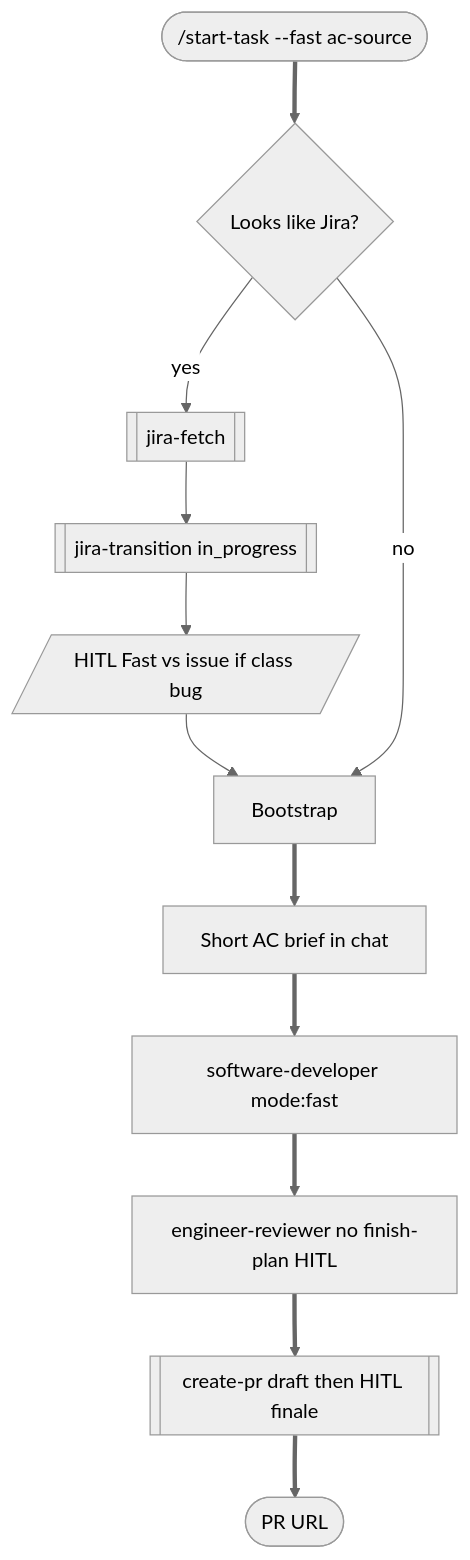
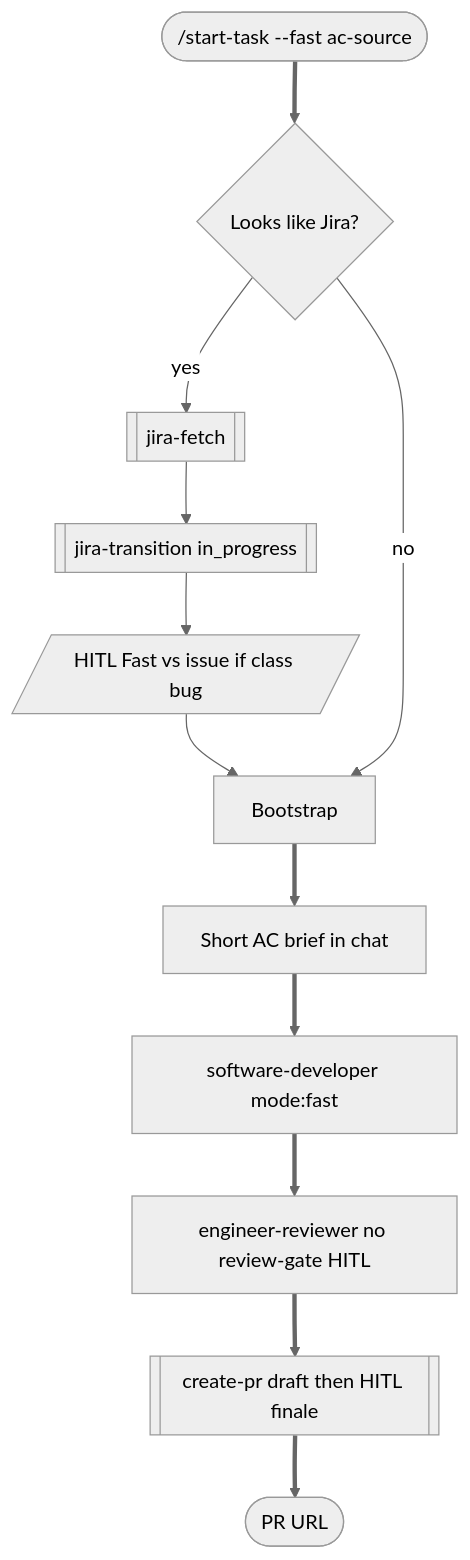
One commit to a-trembak/cursor-spells changed diagram 11 of 13 in docs/superpowers/pipeline-flow.md. Above: the diagram before and after it, drawn with Mermaid (neutral theme). The commit also changed other lines of this file and 5 other files, not shown here.

First line of the commit message:
docs(pipeline): name post-build HITL review-gate and show cycles

````diff
--- a/docs/superpowers/pipeline-flow.md
+++ b/docs/superpowers/pipeline-flow.md
@@ -396,19 +468,19 @@
 ```mermaid
 flowchart TD
   startFast(["/start-task --fast ac-source"])
   looksJira{Looks like Jira?}
   fetch[["jira-fetch"]]
   inProgress[["jira-transition in_progress"]]
   fastVsIssue[/"HITL Fast vs issue if class bug"/]
   boot["Bootstrap"]
   brief["Short AC brief in chat"]
   exec["software-developer mode:fast"]
-  review["engineer-reviewer no finish-plan HITL"]
+  review["engineer-reviewer no review-gate HITL"]
   prNode[["create-pr draft then HITL finale"]]
   doneFast(["PR URL"])
 
   startFast ==> looksJira
   looksJira -->|"yes"| fetch --> inProgress --> fastVsIssue --> boot
   looksJira -->|"no"| boot
   boot ==> brief ==> exec ==> review ==> prNode ==> doneFast
 ```
````
